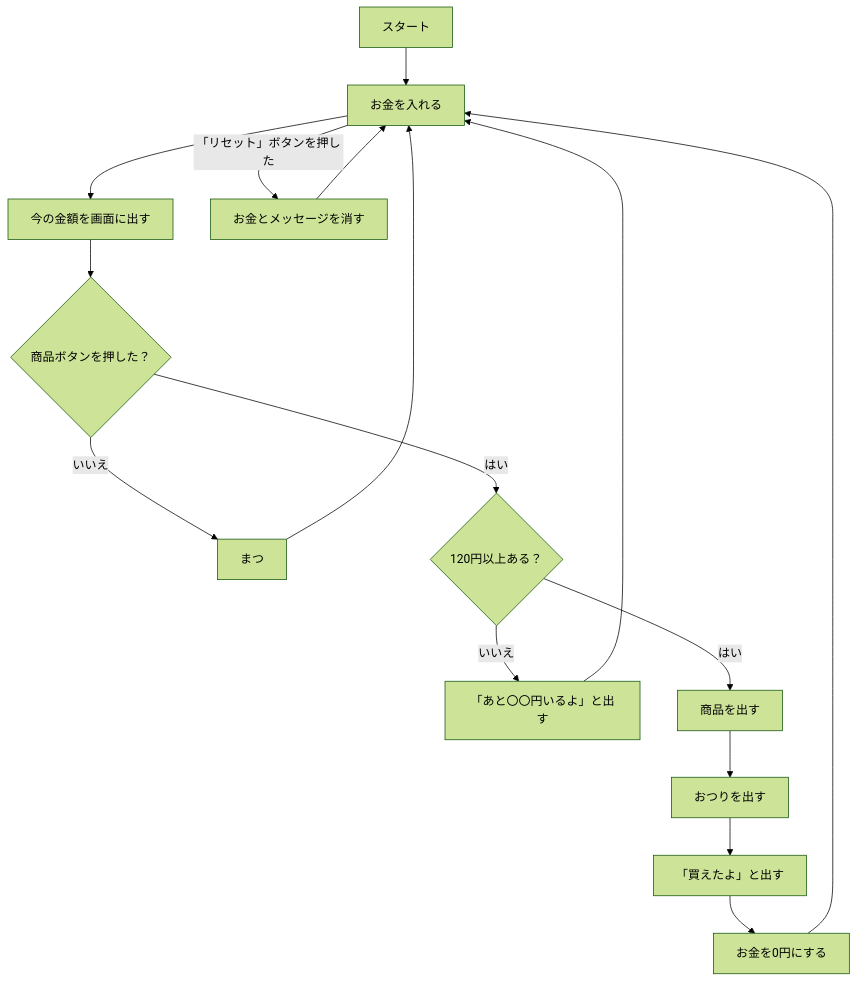
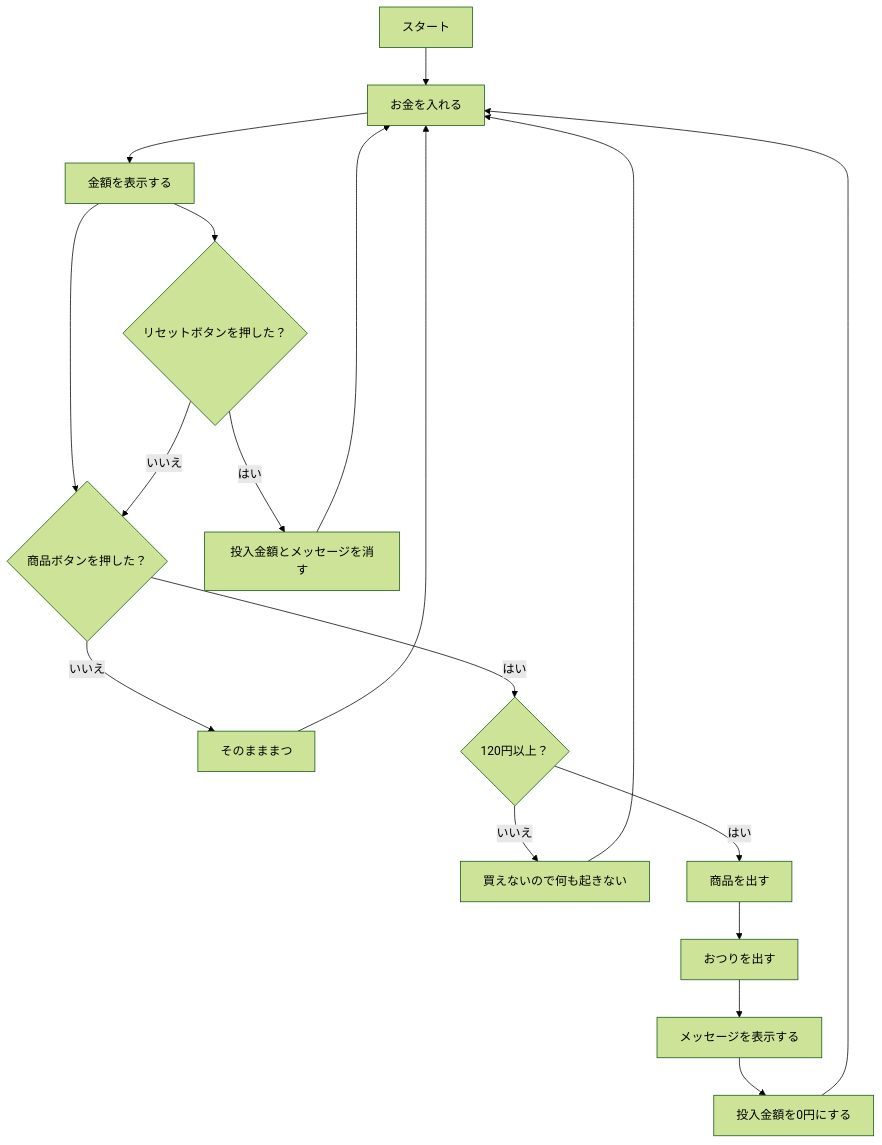
One commit to wtrdr/aoki-mid-school-2025 changed the diagram in vending.md. Above: the diagram before and after it, drawn with Mermaid (forest theme).

````diff
--- a/vending.md
+++ b/vending.md
@@ -1,23 +1,25 @@
 ```mermaid
 flowchart TD
   A[スタート] --> B[お金を入れる]
-  B --> C[今の金額を画面に出す]
+  B --> C[金額を表示する]
   C --> D{商品ボタンを押した？}
 
-  D -- いいえ --> E[まつ]
+  D -- いいえ --> E[そのまままつ]
   E --> B
 
-  D -- はい --> F{120円以上ある？}
+  D -- はい --> F{120円以上？}
 
-  F -- いいえ --> G[「あと〇〇円いるよ」と出す]
+  F -- いいえ --> G[買えないので何も起きない]
   G --> B
 
   F -- はい --> H[商品を出す]
   H --> I[おつりを出す]
-  I --> J[「買えたよ」と出す]
-  J --> K[お金を0円にする]
+  I --> J[メッセージを表示する]
+  J --> K[投入金額を0円にする]
   K --> B
 
-  B -- 「リセット」ボタンを押した --> L[お金とメッセージを消す]
-  L --> B
+  C --> L{リセットボタンを押した？}
+  L -- はい --> M[投入金額とメッセージを消す]
+  M --> B
+  L -- いいえ --> D
 ```
````
